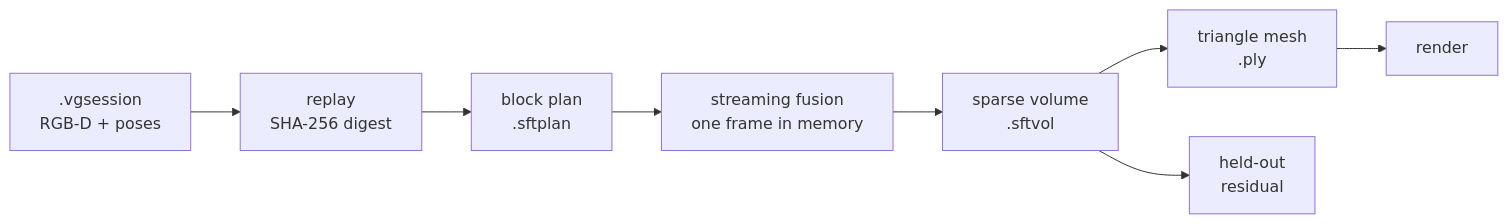
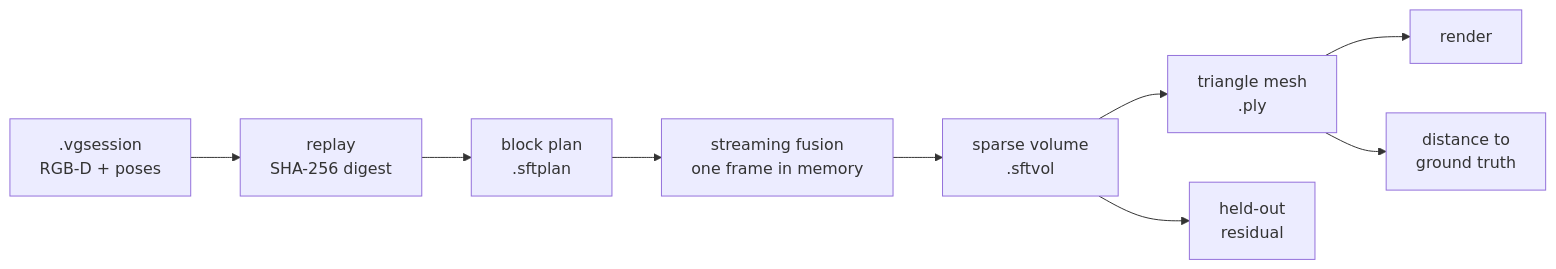
Before and after one commit to SanishKumar/Spatial_Forge: the diagram in README.md, drawn with Mermaid. The commit also changed other lines of this file and 15 other files, not shown here.

````diff
--- a/README.md
+++ b/README.md
@@ -198,10 +257,11 @@
 ```mermaid
 flowchart LR
     A[".vgsession<br/>RGB-D + poses"] --> B["replay<br/>SHA-256 digest"]
     B --> C["block plan<br/>.sftplan"]
     C --> D["streaming fusion<br/>one frame in memory"]
     D --> E["sparse volume<br/>.sftvol"]
     E --> F["triangle mesh<br/>.ply"]
     E --> G["held-out<br/>residual"]
     F --> H["render"]
+    F --> I["distance to<br/>ground truth"]
 ```
````
